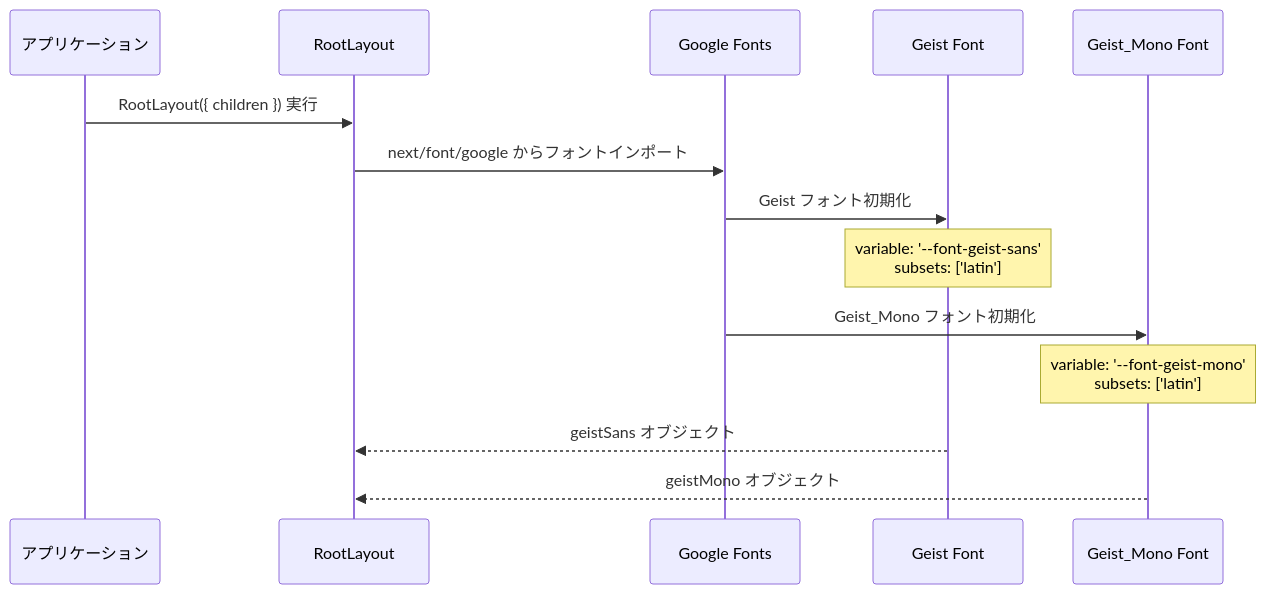
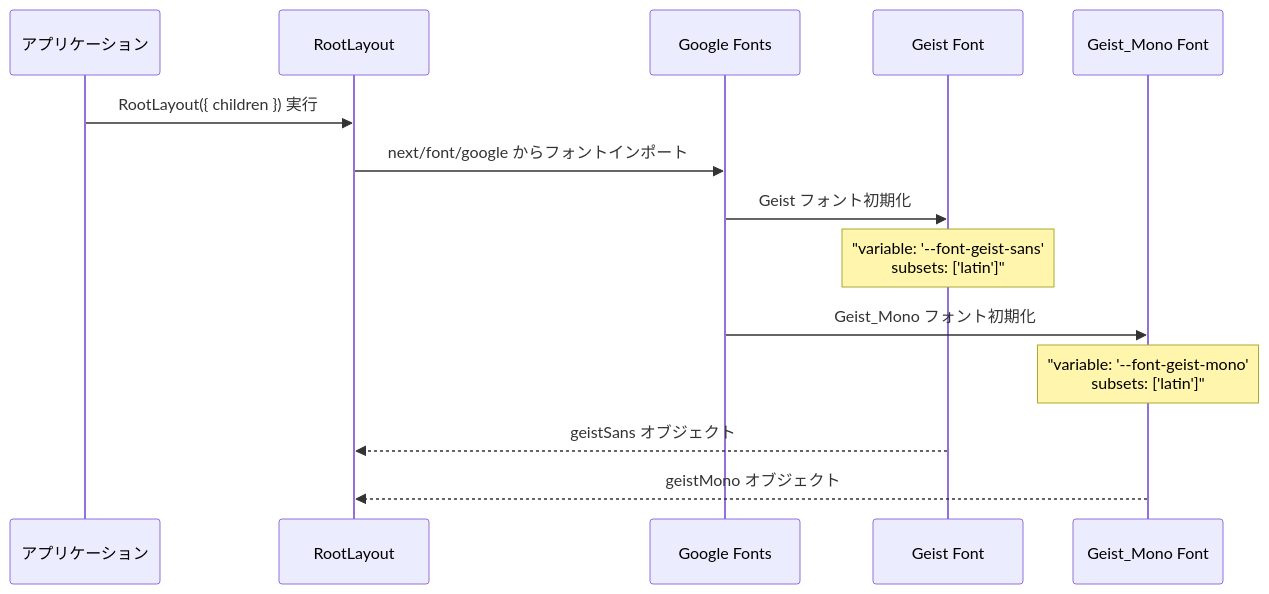
One commit to wasabi49/ocs-systemDevelopmentExercises changed the first of 10 diagrams in document/pages/sequence/layout.md. Above: the diagram before and after it, drawn with Mermaid. The commit also changed other lines of this file and 42 other files, not shown here.

First line of the commit message:
fix: mermaidシーケンス図のNote over文でダブルクォーテーション不足を修正

````diff
--- a/document/pages/sequence/layout.md
+++ b/document/pages/sequence/layout.md
@@ -8,20 +8,20 @@
 ```mermaid
 sequenceDiagram
     participant App as アプリケーション
     participant Layout as RootLayout
     participant Fonts as Google Fonts
     participant Geist as Geist Font
     participant GeistMono as Geist_Mono Font
 
     App->>Layout: RootLayout({ children }) 実行
     Layout->>Fonts: next/font/google からフォントインポート
     
     Fonts->>Geist: Geist フォント初期化
-    Note over Geist: variable: '--font-geist-sans'<br/>subsets: ['latin']
+    Note over Geist: "variable: '--font-geist-sans'<br/>subsets: ['latin']"
     
     Fonts->>GeistMono: Geist_Mono フォント初期化
-    Note over GeistMono: variable: '--font-geist-mono'<br/>subsets: ['latin']
+    Note over GeistMono: "variable: '--font-geist-mono'<br/>subsets: ['latin']"
     
     Geist-->>Layout: geistSans オブジェクト
     GeistMono-->>Layout: geistMono オブジェクト
 ```
````
